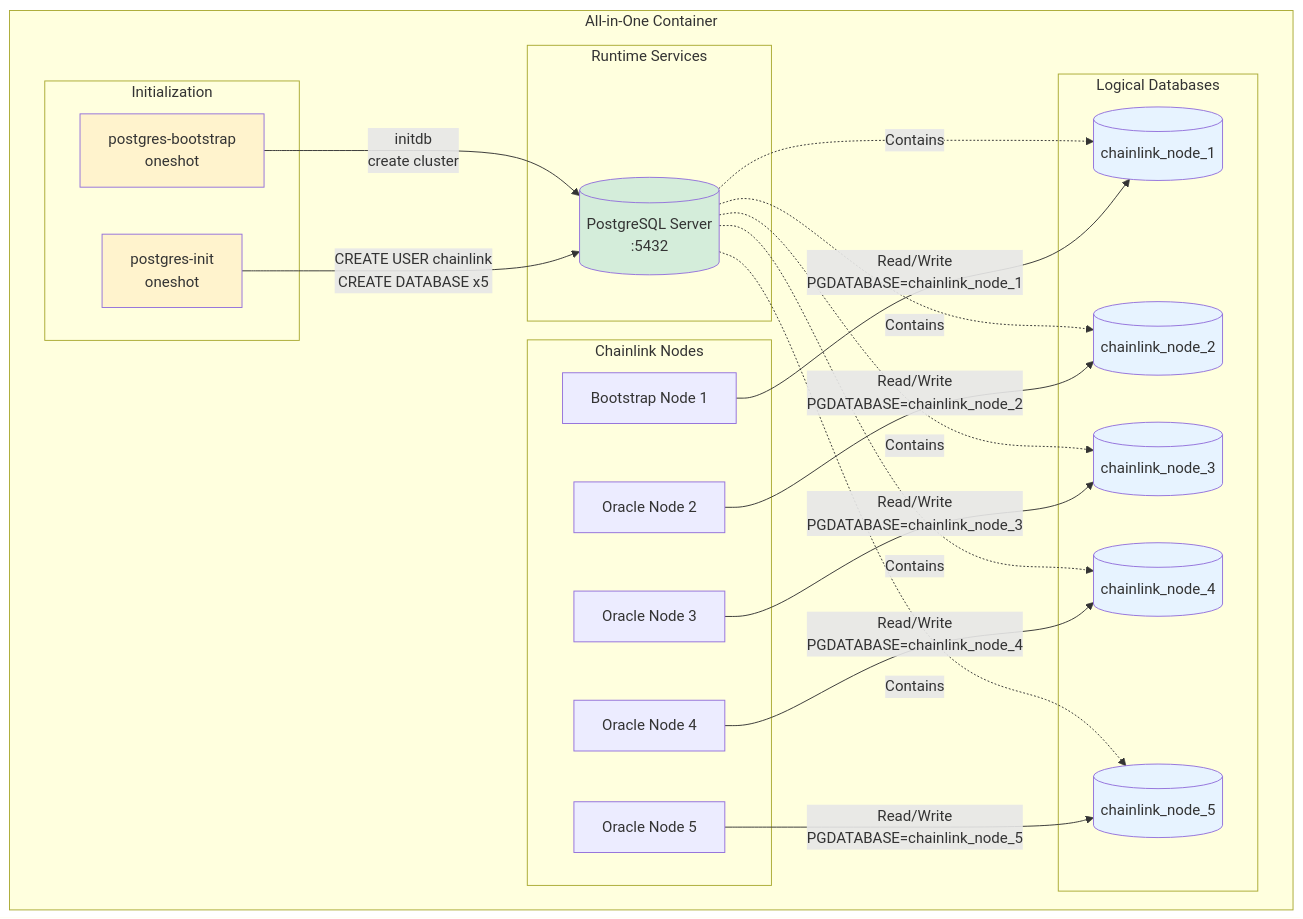
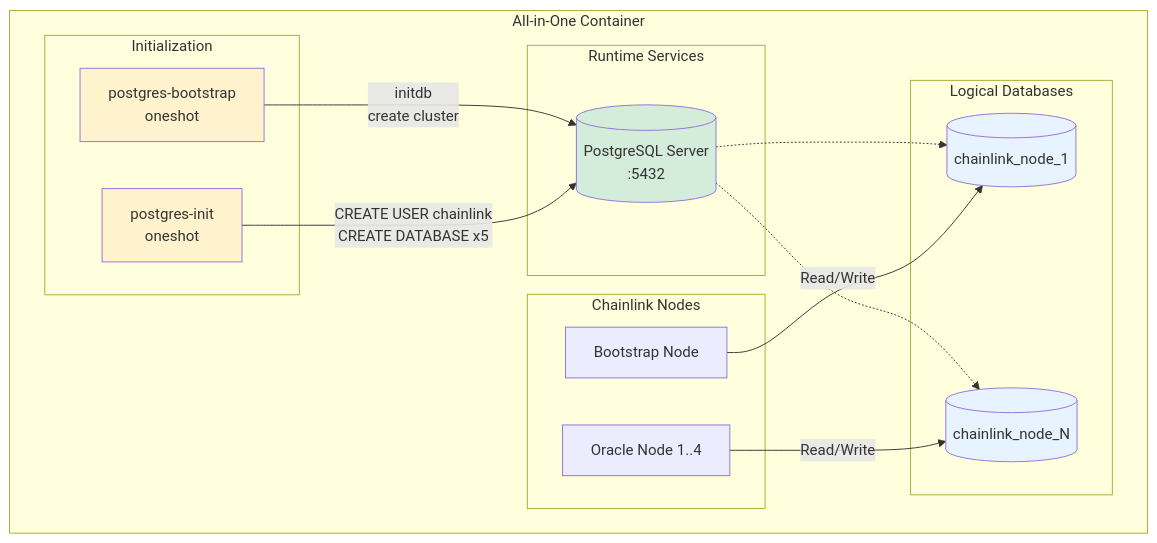
Before and after one commit to Super-Protocol/chainlink: the diagram in docs/charts/10-database-flow.mmd, drawn with Mermaid. The commit also changed 11 other files, not shown here.

```diff
--- a/docs/charts/10-database-flow.mmd
+++ b/docs/charts/10-database-flow.mmd
@@ -1,51 +1,36 @@
 graph TB
-    subgraph Container["All-in-One Container"]
-        subgraph Init["Initialization"]
-            PBS[postgres-bootstrap<br/>oneshot]
-            PINI[postgres-init<br/>oneshot]
-        end
-
-        subgraph Runtime["Runtime Services"]
-            PG[(PostgreSQL Server<br/>:5432)]
-        end
-
-        subgraph Nodes["Chainlink Nodes"]
-            N1[Bootstrap Node 1]
-            N2[Oracle Node 2]
-            N3[Oracle Node 3]
-            N4[Oracle Node 4]
-            N5[Oracle Node 5]
-        end
-
-        subgraph Databases["Logical Databases"]
-            DB1[(chainlink_node_1)]
-            DB2[(chainlink_node_2)]
-            DB3[(chainlink_node_3)]
-            DB4[(chainlink_node_4)]
-            DB5[(chainlink_node_5)]
-        end
+  subgraph Container["All-in-One Container"]
+    subgraph Init["Initialization"]
+      PBS[postgres-bootstrap<br/>oneshot]
+      PINI[postgres-init<br/>oneshot]
     end
 
-    PBS -->|initdb<br/>create cluster| PG
-    PINI -->|CREATE USER chainlink<br/>CREATE DATABASE x5| PG
+    subgraph Runtime["Runtime Services"]
+      PG[(PostgreSQL Server<br/>:5432)]
+    end
 
-    PG -.->|Contains| DB1
-    PG -.->|Contains| DB2
-    PG -.->|Contains| DB3
-    PG -.->|Contains| DB4
-    PG -.->|Contains| DB5
+    subgraph Nodes["Chainlink Nodes"]
+      N1[Bootstrap Node]
+      N2[Oracle Node 1..4]
+    end
 
-    N1 -->|Read/Write<br/>PGDATABASE=chainlink_node_1| DB1
-    N2 -->|Read/Write<br/>PGDATABASE=chainlink_node_2| DB2
-    N3 -->|Read/Write<br/>PGDATABASE=chainlink_node_3| DB3
-    N4 -->|Read/Write<br/>PGDATABASE=chainlink_node_4| DB4
-    N5 -->|Read/Write<br/>PGDATABASE=chainlink_node_5| DB5
+    subgraph Databases["Logical Databases"]
+      DB1[(chainlink_node_1)]
+      DB2[(chainlink_node_N)]
+    end
+  end
 
-    style PBS fill:#fff3cd
-    style PINI fill:#fff3cd
-    style PG fill:#d4edda
-    style DB1 fill:#e7f3ff
-    style DB2 fill:#e7f3ff
-    style DB3 fill:#e7f3ff
-    style DB4 fill:#e7f3ff
-    style DB5 fill:#e7f3ff
+  PBS -->|initdb<br/>create cluster| PG
+  PINI -->|CREATE USER chainlink<br/>CREATE DATABASE x5| PG
+
+  PG -.-> DB1
+  PG -.-> DB2
+
+  N1 -->|Read/Write| DB1
+  N2 -->|Read/Write| DB2
+
+  style PBS fill:#fff3cd
+  style PINI fill:#fff3cd
+  style PG fill:#d4edda
+  style DB1 fill:#e7f3ff
+  style DB2 fill:#e7f3ff
```
